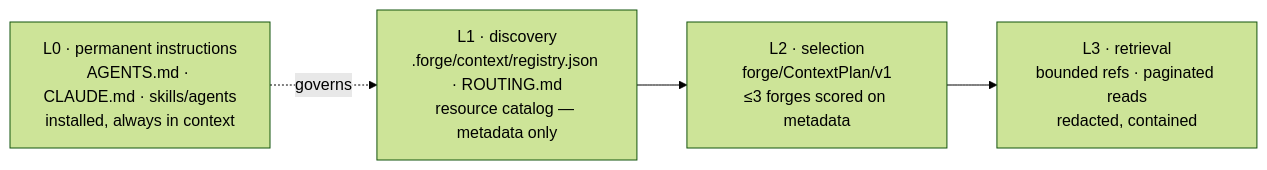
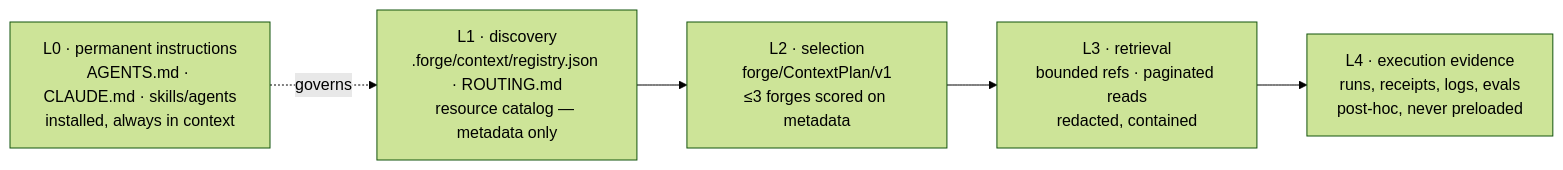
One commit to EdgarSocrates98/the-forge changed the diagram in docs/context-engineering.md. Above: the diagram before and after it, drawn with Mermaid (forest theme). The commit also changed other lines of this file and 38 other files, not shown here.

````diff
--- a/docs/context-engineering.md
+++ b/docs/context-engineering.md
@@ -8,9 +9,11 @@
 ```mermaid
 flowchart LR
     L0[L0 · permanent instructions<br>AGENTS.md · CLAUDE.md · skills/agents<br>installed, always in context]
     L1[L1 · discovery<br>.forge/context/registry.json · ROUTING.md<br>resource catalog — metadata only]
     L2[L2 · selection<br>forge/ContextPlan/v1<br>≤3 forges scored on metadata]
     L3[L3 · retrieval<br>bounded refs · paginated reads<br>redacted, contained]
+    L4[L4 · execution evidence<br>runs, receipts, logs, evals<br>post-hoc, never preloaded]
     L0 -. governs .-> L1
     L1 --> L2 --> L3
+    L3 --> L4
 ```
````
